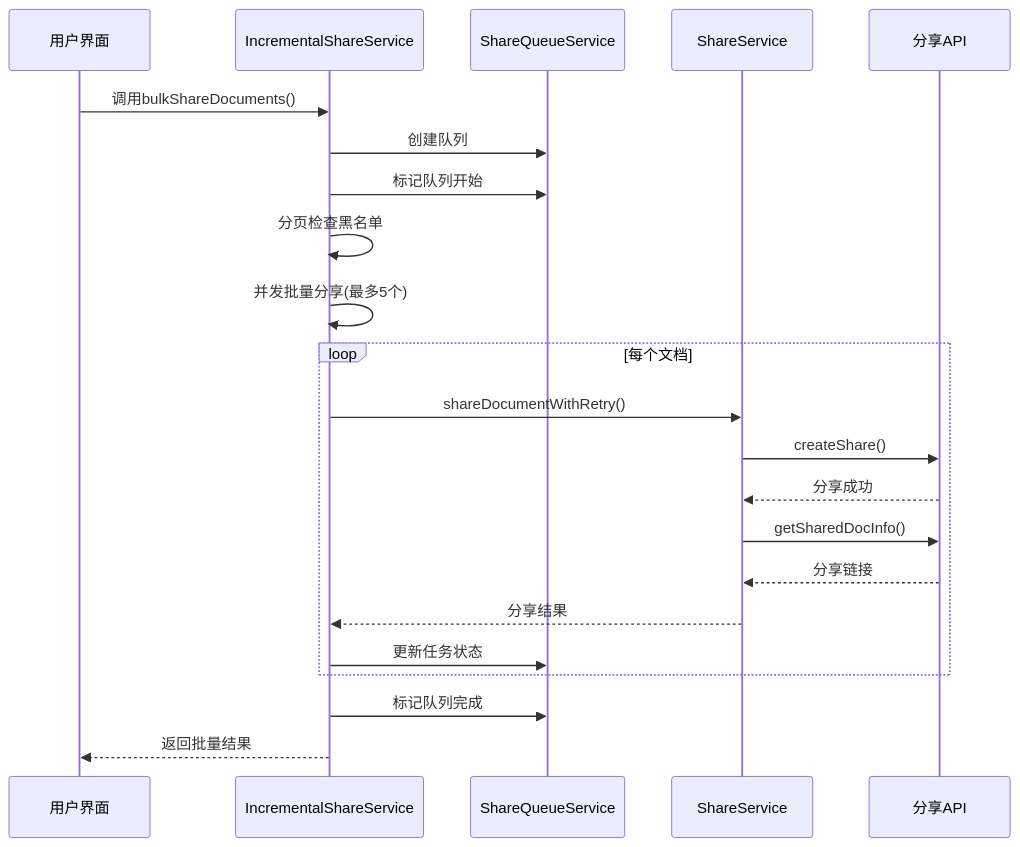
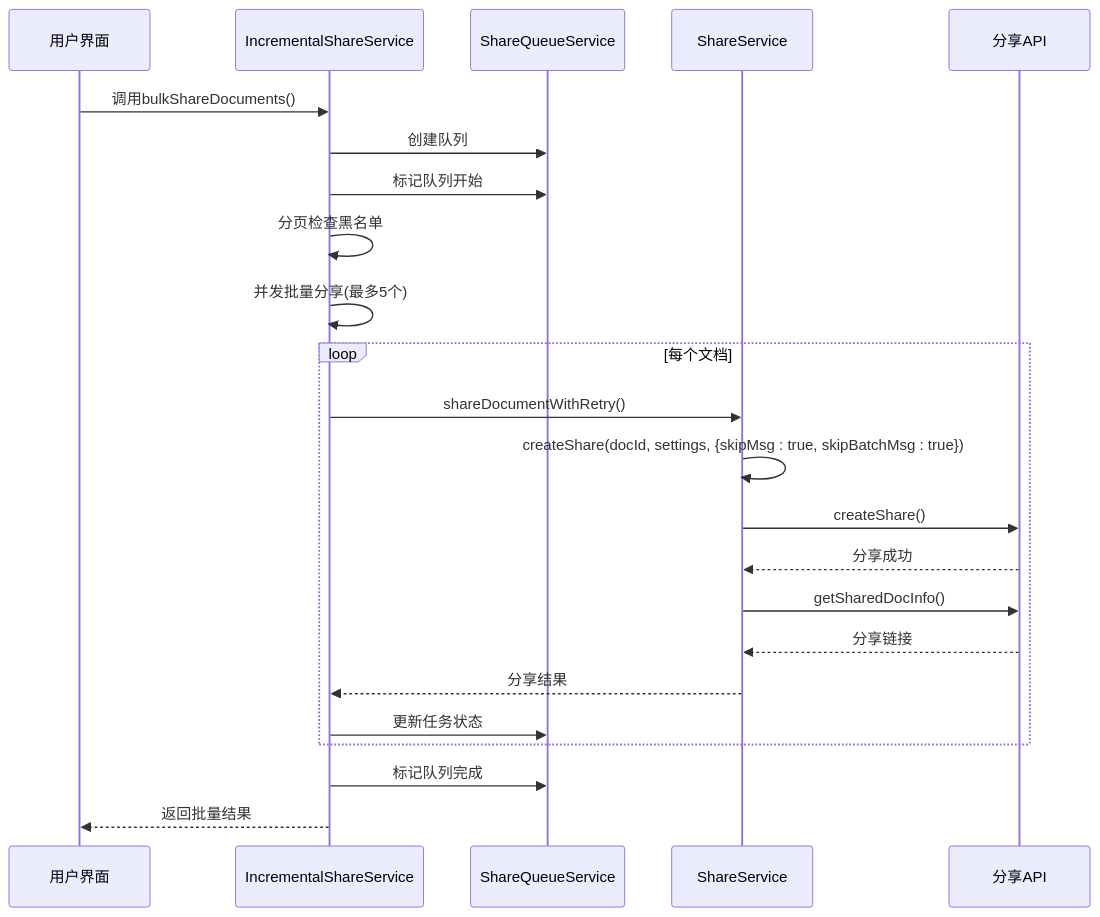
Before and after one commit to terwerinc/siyuan-plugin-share-pro: the fifth of 11 diagrams in .qoder/repowiki/zh/content/核心功能/增量分享服务.md, drawn with Mermaid. The commit also changed other lines of this file and 7 other files, not shown here.

Commit message:
feat(progress): add skip message control and incremental share UI

````diff
--- a/.qoder/repowiki/zh/content/核心功能/增量分享服务.md
+++ b/.qoder/repowiki/zh/content/核心功能/增量分享服务.md
@@ -226,24 +245,25 @@
 ```mermaid
 sequenceDiagram
 participant UI as 用户界面
 participant ISS as IncrementalShareService
 participant SQS as ShareQueueService
 participant SS as ShareService
 participant API as 分享API
 UI->>ISS : 调用bulkShareDocuments()
 ISS->>SQS : 创建队列
 ISS->>SQS : 标记队列开始
 ISS->>ISS : 分页检查黑名单
 ISS->>ISS : 并发批量分享(最多5个)
 loop 每个文档
 ISS->>SS : shareDocumentWithRetry()
+SS->>SS : createShare(docId, settings, {skipMsg : true, skipBatchMsg : true})
 SS->>API : createShare()
 API-->>SS : 分享成功
 SS->>API : getSharedDocInfo()
 API-->>SS : 分享链接
 SS-->>ISS : 分享结果
 ISS->>SQS : 更新任务状态
 end
 ISS->>SQS : 标记队列完成
 ISS-->>UI : 返回批量结果
 ```
````
